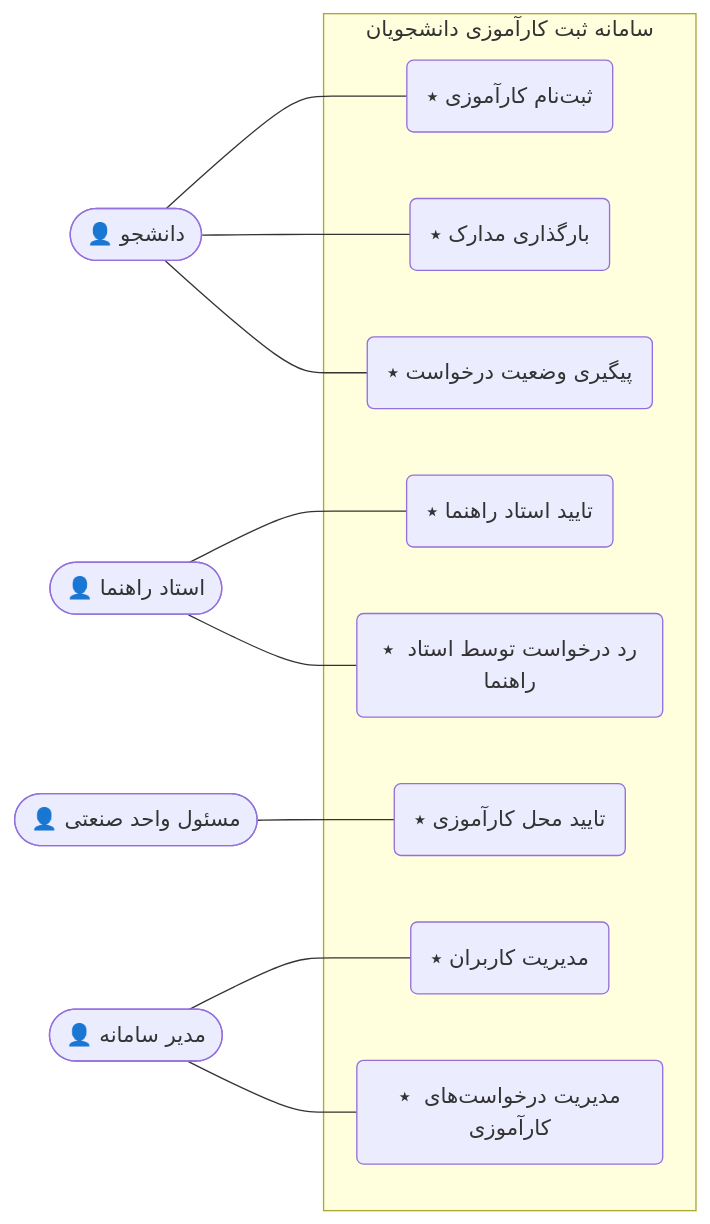
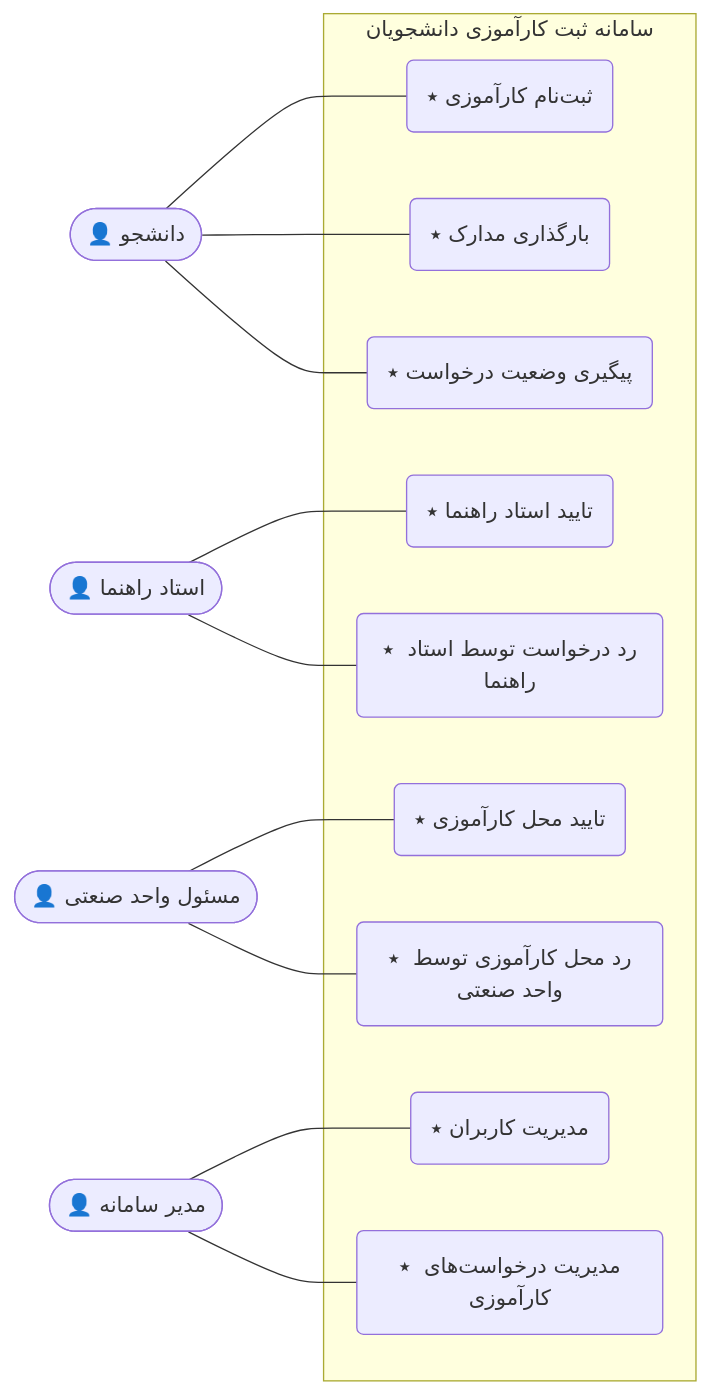
One commit to fatemeh8201m/StudentInternshipRegistrationSystem changed the diagram in docs/Usecase_diagram.mmd. Above: the diagram before and after it, drawn with Mermaid.

```diff
--- a/docs/Usecase_diagram.mmd
+++ b/docs/Usecase_diagram.mmd
@@ -1,35 +1,37 @@
 flowchart LR
 
 %% ================= Actors =================
 student(["👤 دانشجو"])
 advisor(["👤 استاد راهنما"])
 industry(["👤 مسئول واحد صنعتی"])
 admin(["👤 مدیر سامانه"])
 
 %% ============== System Boundary ==============
 subgraph System["سامانه ثبت کارآموزی دانشجویان"]
     UC_Register("⭑ ثبت‌نام کارآموزی")
     UC_UploadDocs("⭑ بارگذاری مدارک")
     UC_TrackStatus("⭑ پیگیری وضعیت درخواست")
     UC_AdvisorApprove("⭑ تایید استاد راهنما")
     UC_AdvisorReject("⭑ رد درخواست توسط استاد راهنما")
     UC_IndustryApprove("⭑ تایید محل کارآموزی")
+    UC_IndustryReject("⭑ رد محل کارآموزی توسط واحد صنعتی")
     UC_AdminManageUsers("⭑ مدیریت کاربران")
     UC_AdminManageInterns("⭑ مدیریت درخواست‌های کارآموزی")
 end
 
 %% =============== Associations ===============
 student --- UC_Register
 student --- UC_UploadDocs
 student --- UC_TrackStatus
 
 advisor --- UC_AdvisorApprove
 advisor --- UC_AdvisorReject
 
 industry --- UC_IndustryApprove
+industry --- UC_IndustryReject
 
 admin --- UC_AdminManageUsers
 admin --- UC_AdminManageInterns
 
 class K company;
 class M teacher
```
